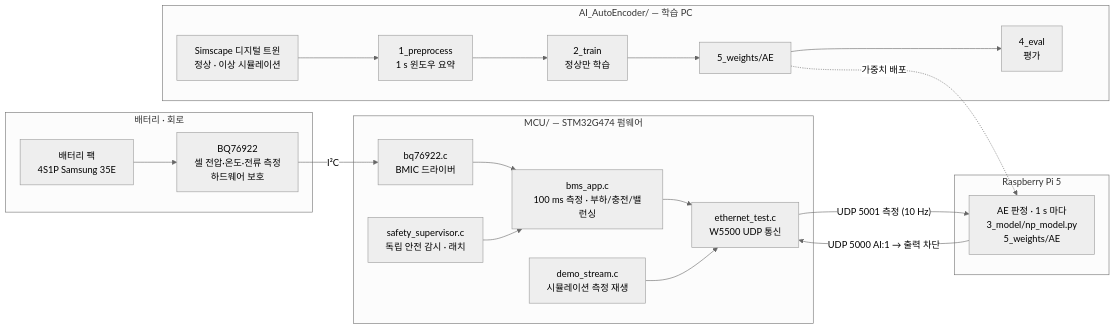
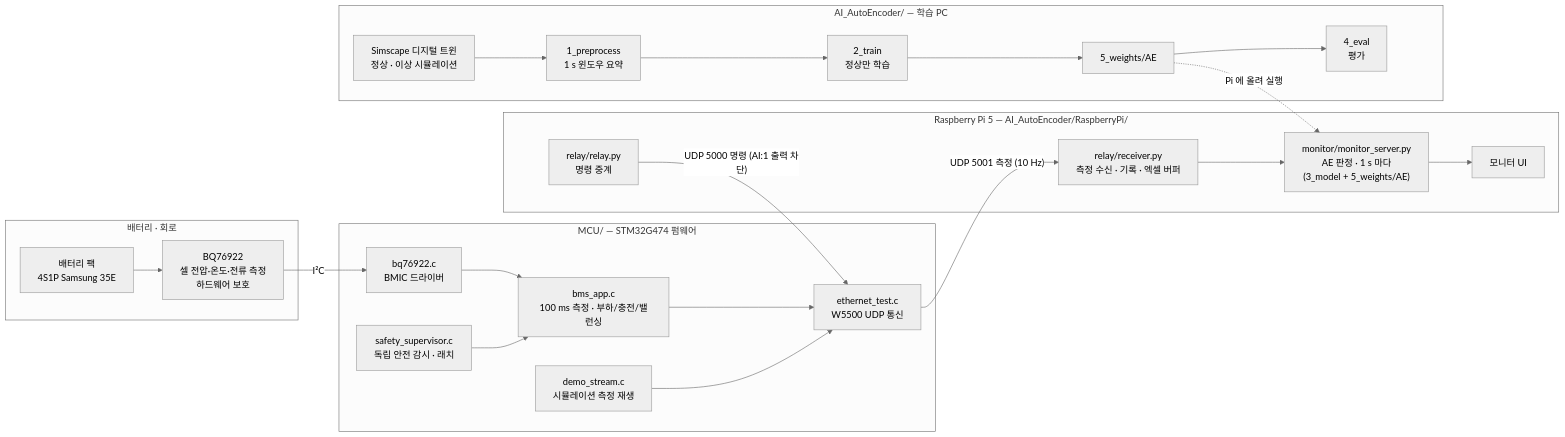
One commit to DDongs068/2026ESWContest_mobility_kimdongwooteam changed the diagram in README.md. Above: the diagram before and after it, drawn with Mermaid (neutral theme). The commit also changed other lines of this file and 45 other files, not shown here.

````diff
--- a/README.md
+++ b/README.md
@@ -9,24 +9,26 @@
 ```mermaid
 flowchart LR
     subgraph HW["배터리 · 회로"]
         PACK["배터리 팩<br/>4S1P Samsung 35E"] --> BQ["BQ76922<br/>셀 전압·온도·전류 측정<br/>하드웨어 보호"]
     end
     subgraph FW["MCU/ — STM32G474 펌웨어"]
         DRV["bq76922.c<br/>BMIC 드라이버"] --> APP["bms_app.c<br/>100 ms 측정 · 부하/충전/밸런싱"]
         SAFE["safety_supervisor.c<br/>독립 안전 감시 · 래치"] --> APP
         APP --> ETH["ethernet_test.c<br/>W5500 UDP 통신"]
         DEMO["demo_stream.c<br/>시뮬레이션 측정 재생"] --> ETH
     end
-    subgraph PI["Raspberry Pi 5"]
-        AE["AE 판정 · 1 s 마다<br/>3_model/np_model.py<br/>5_weights/AE"]
+    subgraph PI["Raspberry Pi 5 — AI_AutoEncoder/RaspberryPi/"]
+        RX["relay/receiver.py<br/>측정 수신 · 기록 · 엑셀 버퍼"] --> AE["monitor/monitor_server.py<br/>AE 판정 · 1 s 마다<br/>(3_model + 5_weights/AE)"]
+        AE --> UI["모니터 UI"]
+        RLY["relay/relay.py<br/>명령 중계"]
     end
     subgraph TRAIN["AI_AutoEncoder/ — 학습 PC"]
         SIM["Simscape 디지털 트윈<br/>정상 · 이상 시뮬레이션"] --> PRE["1_preprocess<br/>1 s 윈도우 요약"]
         PRE --> TR["2_train<br/>정상만 학습"] --> W["5_weights/AE"]
         W --> EV["4_eval<br/>평가"]
     end
     BQ -- "I²C" --> DRV
-    ETH -- "UDP 5001 측정 (10 Hz)" --> AE
-    AE -- "UDP 5000 AI:1 → 출력 차단" --> ETH
-    W -. "가중치 배포" .-> AE
+    ETH -- "UDP 5001 측정 (10 Hz)" --> RX
+    RLY -- "UDP 5000 명령 (AI:1 출력 차단)" --> ETH
+    W -. "Pi 에 올려 실행" .-> AE
 ```
````
